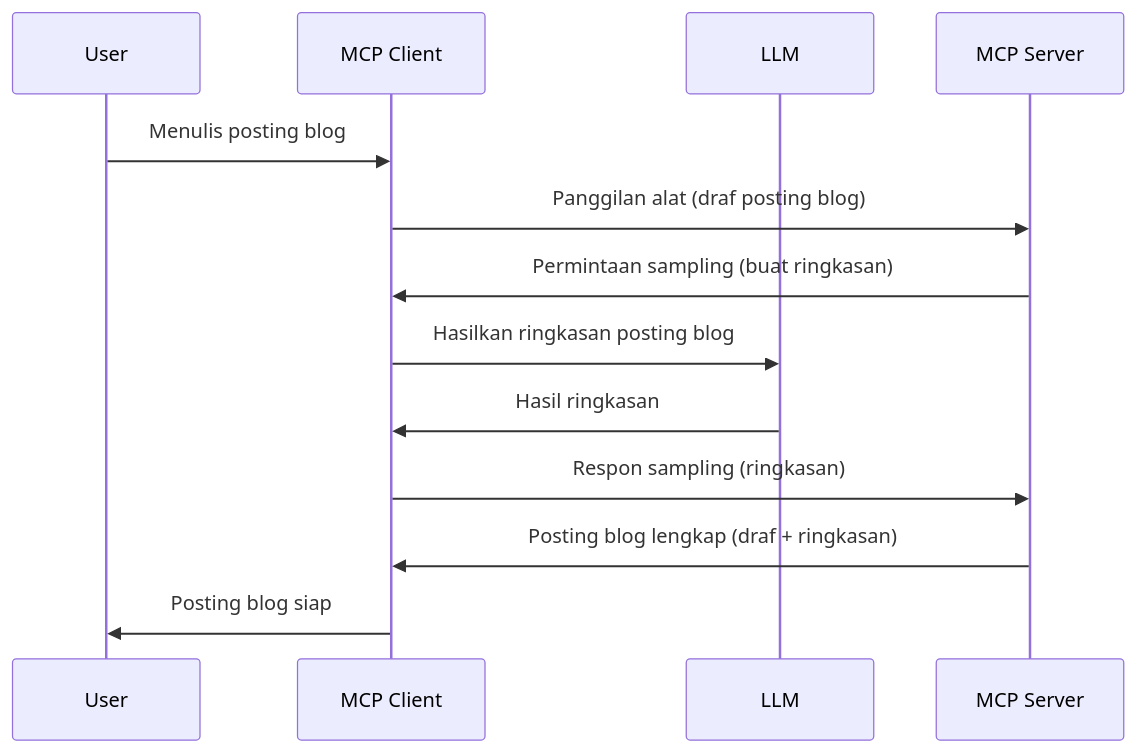
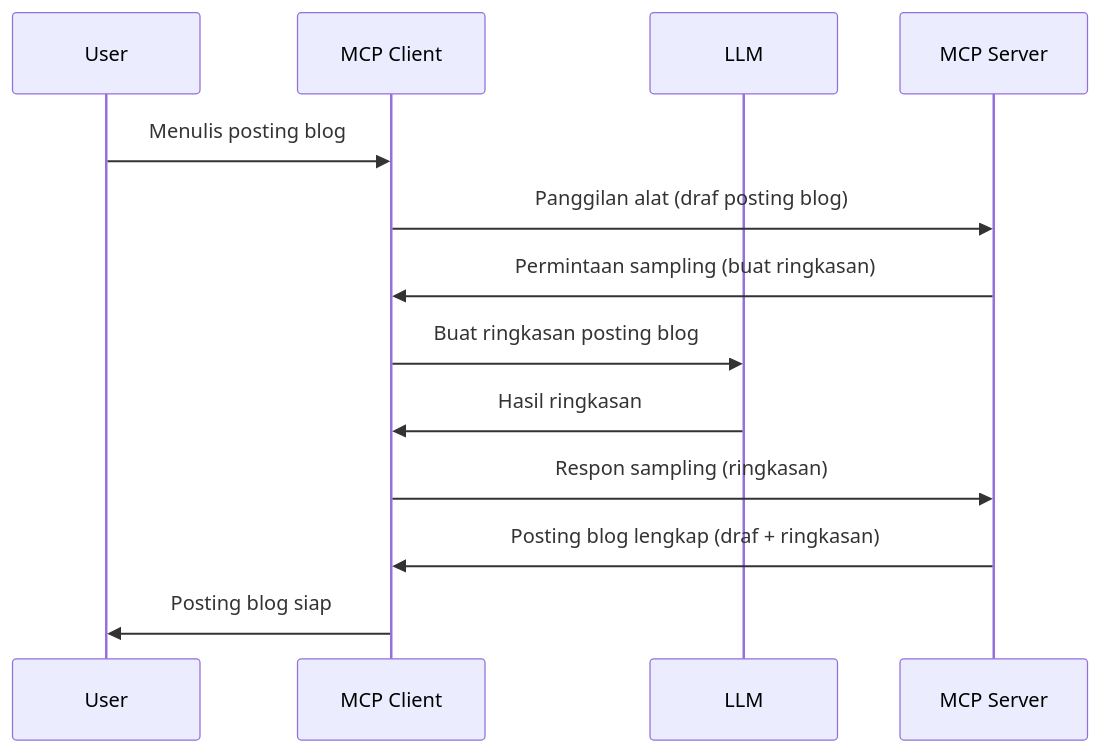
Before and after one commit to HIDORAKAI002/ai-workspace-archive: the diagram in mcp_ecosystem__model_context_protocol/mcp_learning_resources/mcp-for-beginners/translations/id/03-GettingStarted/14-sampling/README.md, drawn with Mermaid. The commit also changed other lines of this file and 1160 other files, not shown here.

````diff
--- a/mcp_ecosystem__model_context_protocol/mcp_learning_resources/mcp-for-beginners/translations/id/03-GettingStarted/14-sampling/README.md
+++ b/mcp_ecosystem__model_context_protocol/mcp_learning_resources/mcp-for-beginners/translations/id/03-GettingStarted/14-sampling/README.md
@@ -23,16 +23,16 @@
 ```mermaid
 sequenceDiagram
     participant User
     participant MCP Client
     participant LLM
     participant MCP Server
 
     User->>MCP Client: Menulis posting blog
     MCP Client->>MCP Server: Panggilan alat (draf posting blog)
     MCP Server->>MCP Client: Permintaan sampling (buat ringkasan)
-    MCP Client->>LLM: Hasilkan ringkasan posting blog
+    MCP Client->>LLM: Buat ringkasan posting blog
     LLM->>MCP Client: Hasil ringkasan
     MCP Client->>MCP Server: Respon sampling (ringkasan)
     MCP Server->>MCP Client: Posting blog lengkap (draf + ringkasan)
     MCP Client->>User: Posting blog siap
 ```
````
